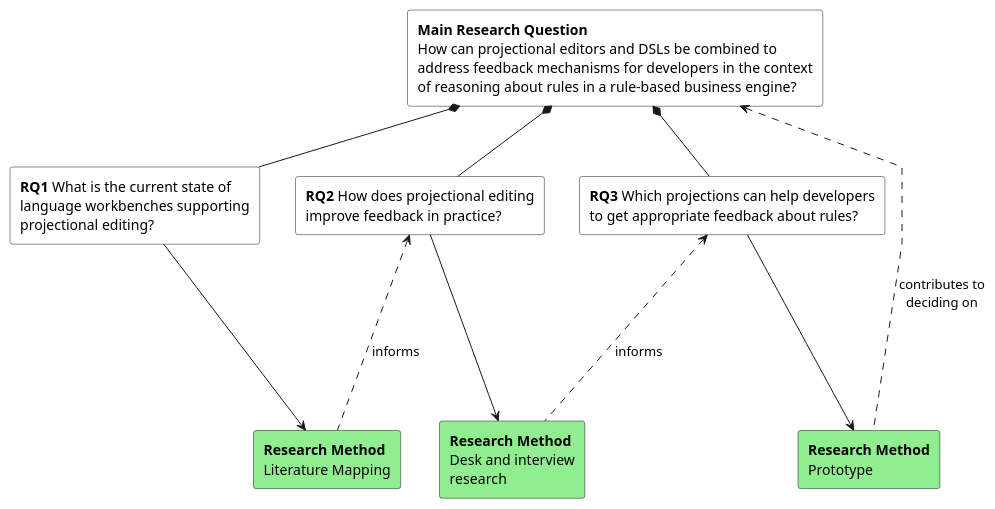
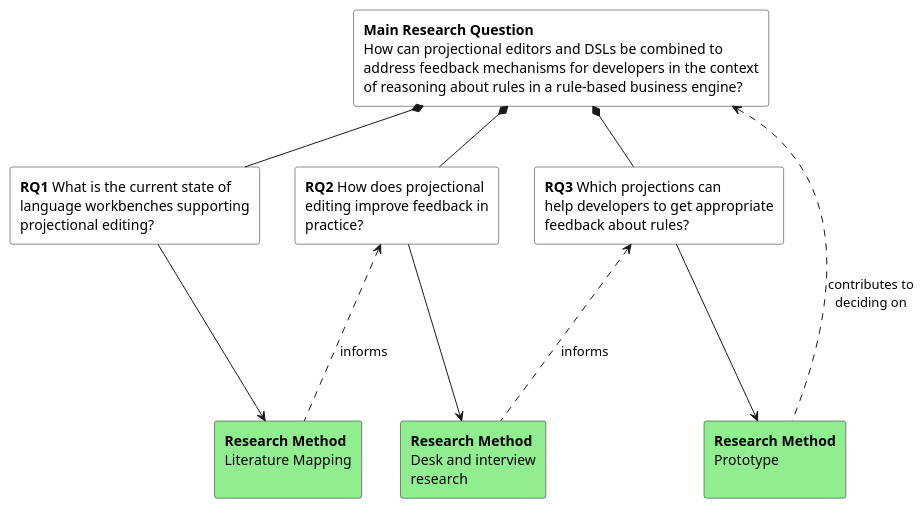
Before and after one commit to jewelEarthDeveloper/Thesis2021: the diagram in ThesisProposal/images/ResearchQuestion.wsd, drawn with PlantUML. The commit also changed 15 other files, not shown here.

```diff
--- a/ThesisProposal/images/ResearchQuestion.wsd
+++ b/ThesisProposal/images/ResearchQuestion.wsd
@@ -1,27 +1,27 @@
 @startuml
-skinparam linetype polyline
+'skinparam linetype polyline
 
 rectangle "<b>Main Research Question</b>\nHow can projectional editors and DSLs be combined to\naddress feedback mechanisms for developers in the context\nof reasoning about rules in a rule-based business engine?"  as MainQuestion #white
 rectangle "<b>RQ1</b> What is the current state of\nlanguage workbenches supporting\nprojectional editing?" as RQ1 #white
-rectangle "<b>RQ2</b> How does projectional editing\nimprove feedback in practice?" as RQ2 #white
-rectangle "<b>RQ3</b> Which projections can help developers\nto get appropriate feedback about rules?" as RQ3 #white
-rectangle "<b>Research Method</b>\nLiterature Mapping" as RM1 #lightgreen
+rectangle "<b>RQ2</b> How does projectional\nediting improve feedback in\npractice?" as RQ2 #white
+rectangle "<b>RQ3</b> Which projections can\nhelp developers to get appropriate\nfeedback about rules?" as RQ3 #white
+rectangle "<b>Research Method</b>\nLiterature Mapping\n" as RM1 #lightgreen
 rectangle "<b>Research Method</b>\nDesk and interview\nresearch" as RM2 #lightgreen
-rectangle "<b>Research Method</b>\nPrototype" as RM3 #lightgreen
+rectangle "<b>Research Method</b>\nPrototype\n" as RM3 #lightgreen
 
 MainQuestion *-down- RQ1
 MainQuestion *-down- RQ2
 MainQuestion *-down- RQ3
 
 RQ1 -down-> RM1
 RQ2 -down-> RM2
 RQ3 -down-> RM3
 
 RQ1 -[hidden]right- RQ2
 RQ2 -[hidden]right- RQ3
 
 RM1 .up..> RQ2  : informs
 RM2 .up..> RQ3  : informs
 RM3 ..up..> MainQuestion : contributes to\ndeciding on
 
 @enduml
```
